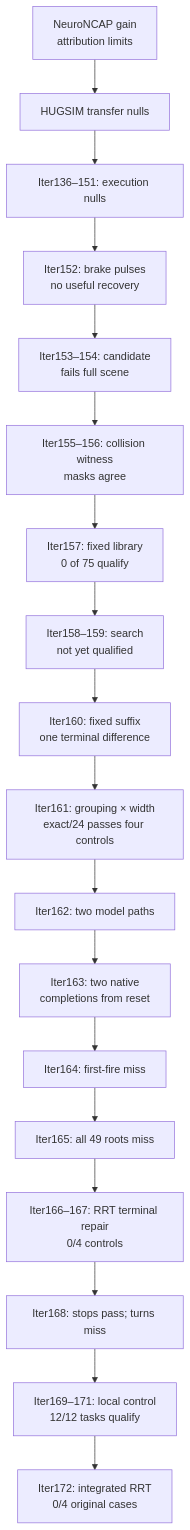
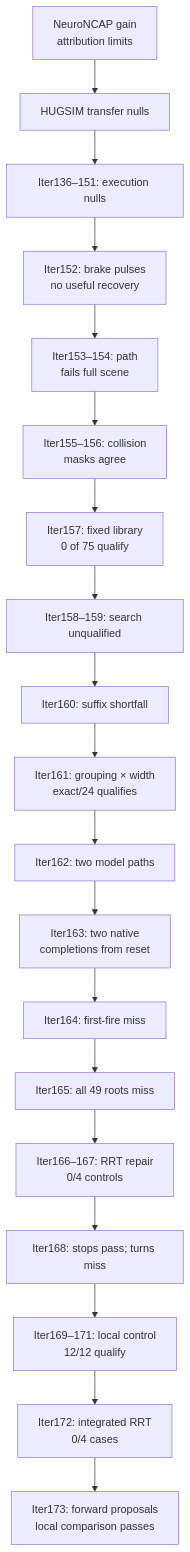
Before and after one commit to manfromnowhere143/sentinel: the second of 3 diagrams in README.md, drawn with Mermaid. The commit also changed other lines of this file and 15 other files, not shown here.

Commit message:
Publish connector evidence and retain the integrated qualification gate

````diff
--- a/README.md
+++ b/README.md
@@ -228,22 +228,23 @@
 ```mermaid
 flowchart TB
   accTitle: How the evidence changed the question
-  accDescr: Local control qualifies; planner and first-fire recovery remain unresolved.
+  accDescr: Local qualification is not first-fire recovery.
   N["NeuroNCAP gain<br/>attribution limits"] --> T["HUGSIM transfer nulls"]
   T --> E["Iter136–151: execution nulls"]
   E --> P["Iter152: brake pulses<br/>no useful recovery"]
-  P --> M["Iter153–154: candidate<br/>fails full scene"]
-  M --> W["Iter155–156: collision witness<br/>masks agree"]
+  P --> M["Iter153–154: path<br/>fails full scene"]
+  M --> W["Iter155–156: collision<br/>masks agree"]
   W --> L["Iter157: fixed library<br/>0 of 75 qualify"]
-  L --> A["Iter158–159: search<br/>not yet qualified"]
-  A --> K["Iter160: fixed suffix<br/>one terminal difference"]
-  K --> G["Iter161: grouping × width<br/>exact/24 passes four controls"]
+  L --> A["Iter158–159: search unqualified"]
+  A --> K["Iter160: suffix shortfall"]
+  K --> G["Iter161: grouping × width<br/>exact/24 qualifies"]
   G --> S["Iter162: two model paths"]
   S --> V["Iter163: two native<br/>completions from reset"]
   V --> B["Iter164: first-fire miss"]
   B --> D["Iter165: all 49 roots miss"]
-  D --> R["Iter166–167: RRT terminal repair<br/>0/4 controls"]
+  D --> R["Iter166–167: RRT repair<br/>0/4 controls"]
   R --> J["Iter168: stops pass; turns miss"]
-  J --> H["Iter169–171: local control<br/>12/12 tasks qualify"]
-  H --> I["Iter172: integrated RRT<br/>0/4 original cases"]
+  J --> H["Iter169–171: local control<br/>12/12 qualify"]
+  H --> I["Iter172: integrated RRT<br/>0/4 cases"]
+  I --> O["Iter173: forward proposals<br/>local comparison passes"]
 ```
````
